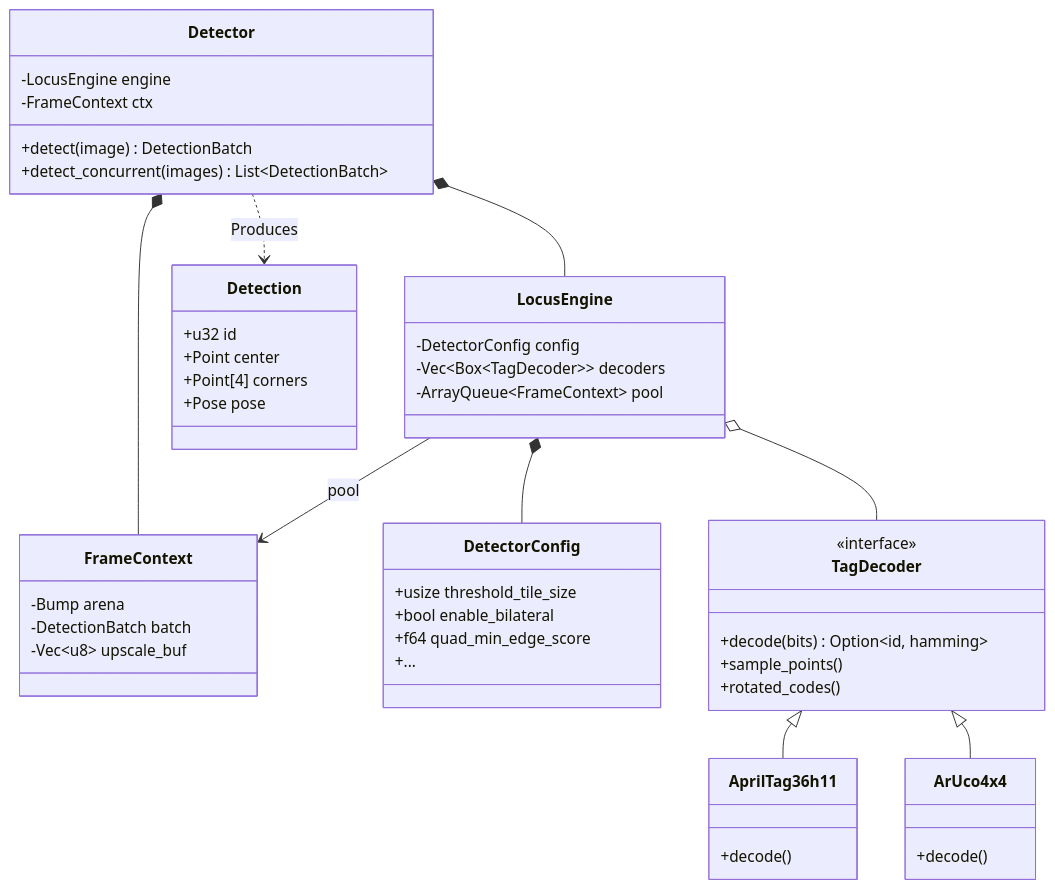
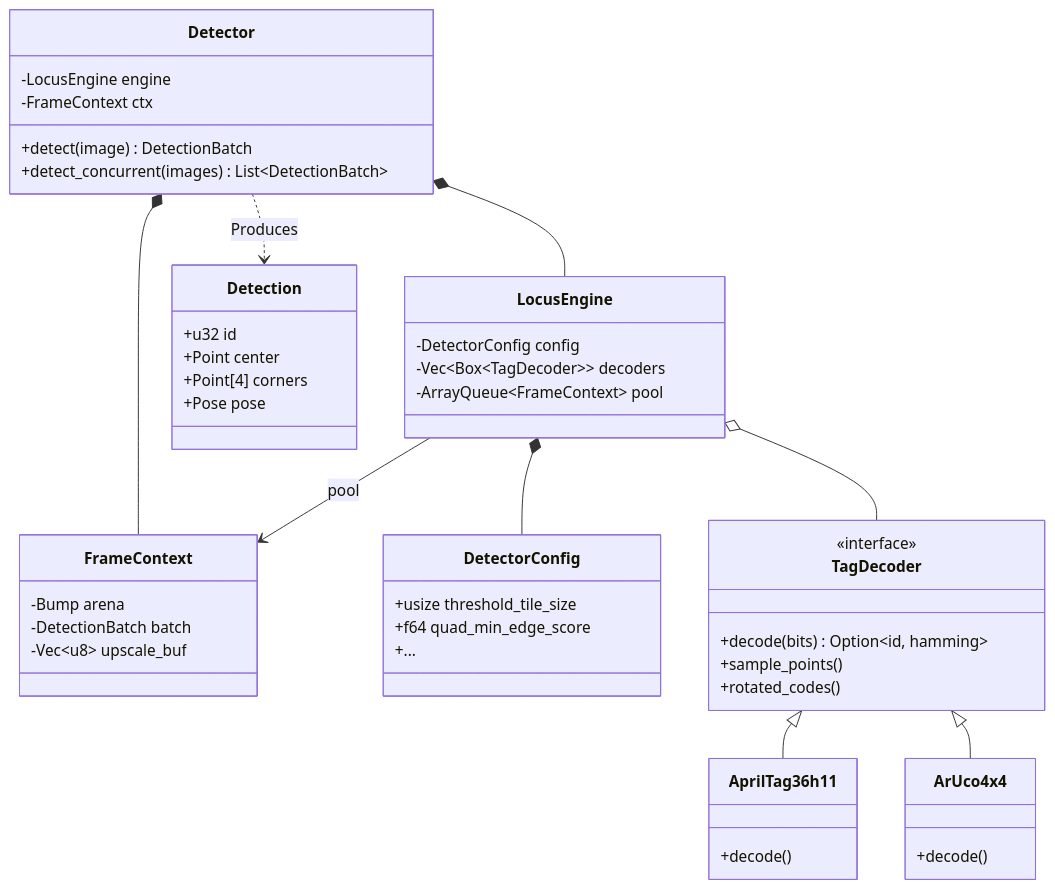
The second of 3 diagrams in docs/explanation/architecture.md (NoeFontana/locus-tag), drawn with Mermaid before and after one commit. The commit also changed other lines of this file and 14 other files, not shown here.

````diff
--- a/docs/explanation/architecture.md
+++ b/docs/explanation/architecture.md
@@ -32,59 +32,58 @@
 ```mermaid
 classDiagram
     class Detector {
         -LocusEngine engine
         -FrameContext ctx
         +detect(image) DetectionBatch
         +detect_concurrent(images) List~DetectionBatch~
     }
 
     class LocusEngine {
         -DetectorConfig config
         -Vec~Box~TagDecoder~~ decoders
         -ArrayQueue~FrameContext~ pool
     }
 
     class FrameContext {
         -Bump arena
         -DetectionBatch batch
         -Vec~u8~ upscale_buf
     }
 
     class DetectorConfig {
         +usize threshold_tile_size
-        +bool enable_bilateral
         +f64 quad_min_edge_score
         +...
     }
 
     class TagDecoder {
         <<interface>>
         +decode(bits) Option~id, hamming~
         +sample_points()
         +rotated_codes()
     }
 
     class AprilTag36h11 {
         +decode()
     }
 
     class ArUco4x4 {
         +decode()
     }
 
     class Detection {
         +u32 id
         +Point center
         +Point[4] corners
         +Pose pose
     }
 
     Detector *-- LocusEngine
     Detector *-- FrameContext
     LocusEngine *-- DetectorConfig
     LocusEngine o-- TagDecoder
     LocusEngine --> FrameContext : pool
     TagDecoder <|-- AprilTag36h11
     TagDecoder <|-- ArUco4x4
     Detector ..> Detection : Produces
 ```
````
